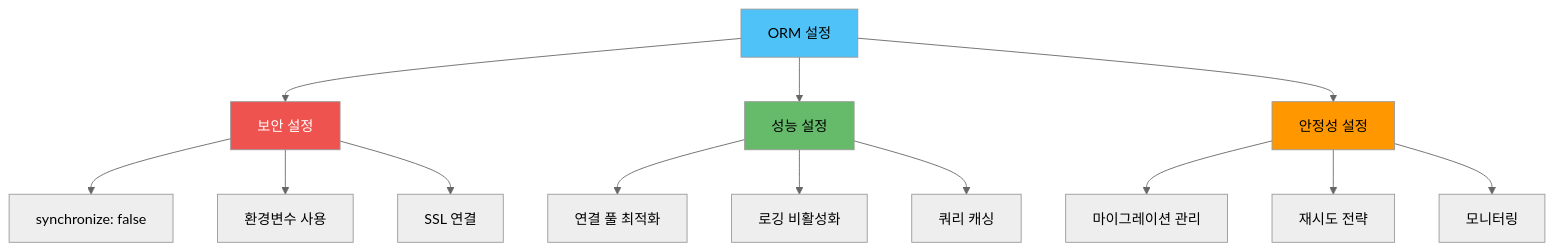
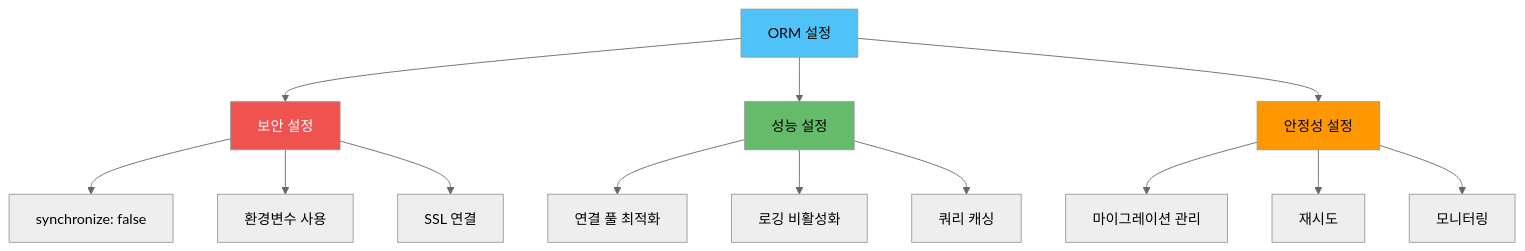
Diagram 12 of 14 in Develop/Framework/Node/데이터베이스/ORM_심화_전략.md (GYUTORY/YGSTUDY), drawn with Mermaid (neutral theme) before and after one commit. The commit also changed other lines of this file and 2 other files, not shown here.

````diff
--- a/Develop/Framework/Node/데이터베이스/ORM_심화_전략.md
+++ b/Develop/Framework/Node/데이터베이스/ORM_심화_전략.md
@@ -614,23 +614,23 @@
 ```mermaid
 graph TD
     CONFIG[ORM 설정] --> SECURITY[보안 설정]
     CONFIG --> PERFORMANCE[성능 설정]
     CONFIG --> RELIABILITY[안정성 설정]
     
     SECURITY --> SYNC[synchronize: false]
     SECURITY --> ENV[환경변수 사용]
     SECURITY --> SSL[SSL 연결]
     
     PERFORMANCE --> POOL[연결 풀 최적화]
     PERFORMANCE --> LOG[로깅 비활성화]
     PERFORMANCE --> CACHE[쿼리 캐싱]
     
     RELIABILITY --> MIG[마이그레이션 관리]
-    RELIABILITY --> RETRY[재시도 전략]
+    RELIABILITY --> RETRY[재시도]
     RELIABILITY --> MONITOR[모니터링]
     
     style CONFIG fill:#4fc3f7
     style SECURITY fill:#ef5350,color:#fff
     style PERFORMANCE fill:#66bb6a
     style RELIABILITY fill:#ff9800
 ```
````
